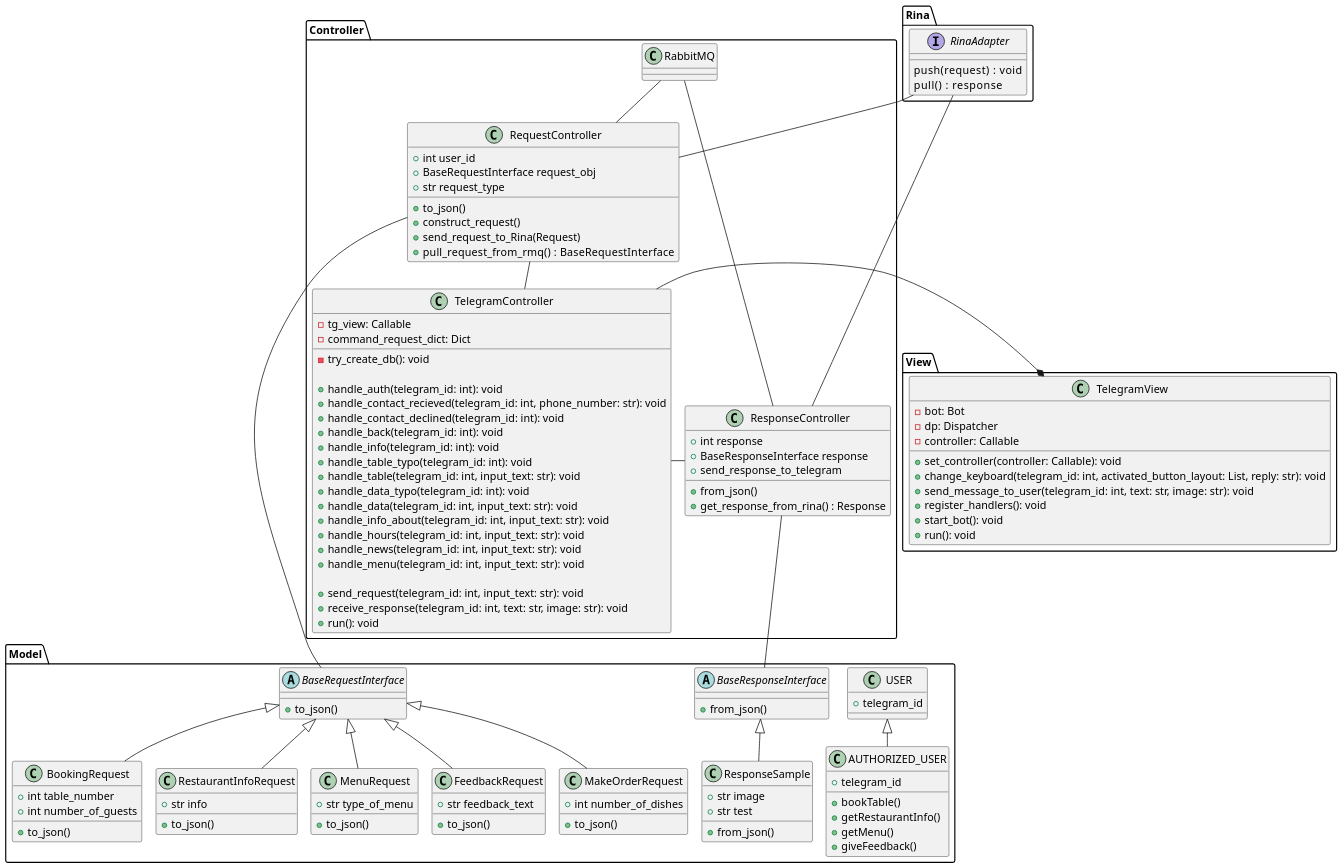
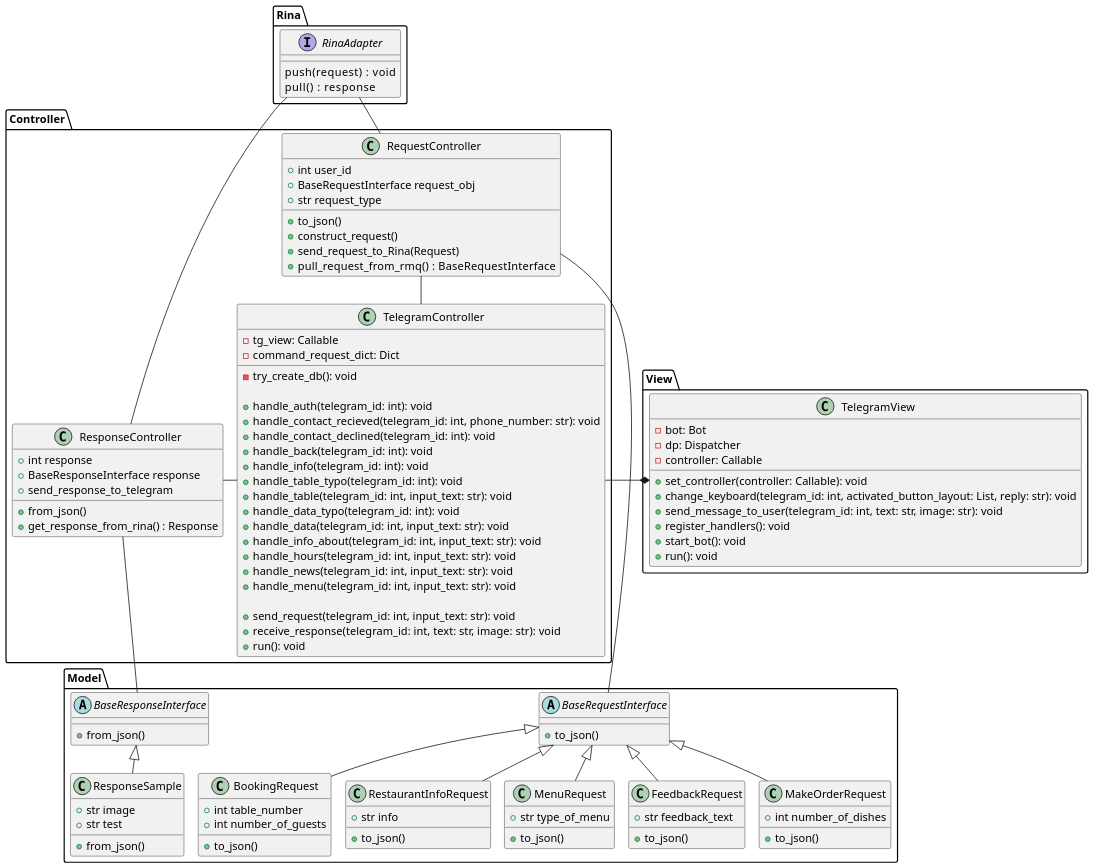
Before and after one commit to limpwinter/rina_connector: the diagram in diagrams/class_diagram.puml, drawn with PlantUML. The commit also changed 1 other file, not shown here.

Commit message:
Deleted unused class USER, changed RMQ to RinaAdapter, updated class diagram image

```diff
--- a/diagrams/class_diagram.puml
+++ b/diagrams/class_diagram.puml
@@ -1,156 +1,151 @@
 @startuml
 !pragma layout smetana
 scale  2048 width
 scale  1600 height
 package "Model" {
 
-'class RabbitMQ{
-'-Producer
-'-Consumer
+
+'class USER {
+'  +telegram_id
 '}
-class USER {
-  +telegram_id
-}
-
-class AUTHORIZED_USER {
-  +telegram_id
-  +bookTable()
-  +getRestaurantInfo()
-  +getMenu()
-  +giveFeedback()
-}
+'
+'class AUTHORIZED_USER {
+'  +telegram_id
+'  +bookTable()
+'  +getRestaurantInfo()
+'  +getMenu()
+'  +giveFeedback()
+'}
   abstract class BaseResponseInterface{
 + from_json()
 }
 class ResponseSample{
 + str image
 + str test
 + from_json()
 }
 
   abstract class BaseRequestInterface {
     + to_json()
   }
 class MakeOrderRequest{
 + int number_of_dishes
 + to_json()
 }
 
   class BookingRequest {
 
 + int table_number
 + int number_of_guests
 + to_json()
   }
 
   class RestaurantInfoRequest {
 + str info
 + to_json()
   }
 
   class MenuRequest {
 + str type_of_menu
 + to_json()
   }
 
   class FeedbackRequest {
 + str feedback_text
 + to_json()
   }
 
 
 }
 
 package "View" {
 class "TelegramView" {
   -bot: Bot
   -dp: Dispatcher
   -controller: Callable
   +set_controller(controller: Callable): void
   +change_keyboard(telegram_id: int, activated_button_layout: List, reply: str): void
   +send_message_to_user(telegram_id: int, text: str, image: str): void
   +register_handlers(): void
   +start_bot(): void
   +run(): void
 }
 
 
 }
 
 package Rina {
 interface RinaAdapter{
 push(request)  :   void
 pull()  :   response
 }
 
 }
 package "Controller" {
 
-class RabbitMQ{
-}
+
   class ResponseController{
 '  +receive_response_from_rmq()
 + int response
 + BaseResponseInterface response
 + from_json()
   +get_response_from_rina() : Response
   +send_response_to_telegram
   }
   class RequestController{
   + int user_id
 + BaseRequestInterface request_obj
 + str request_type
 + to_json()
 + construct_request()
 '  -request:Request
   +send_request_to_Rina(Request)
   +pull_request_from_rmq()  :   BaseRequestInterface
   }
   class "TelegramController" {
   -tg_view: Callable
   -command_request_dict: Dict
   -try_create_db(): void
 
   +handle_auth(telegram_id: int): void
   +handle_contact_recieved(telegram_id: int, phone_number: str): void
   +handle_contact_declined(telegram_id: int): void
   +handle_back(telegram_id: int): void
   +handle_info(telegram_id: int): void
   +handle_table_typo(telegram_id: int): void
   +handle_table(telegram_id: int, input_text: str): void
   +handle_data_typo(telegram_id: int): void
   +handle_data(telegram_id: int, input_text: str): void
   +handle_info_about(telegram_id: int, input_text: str): void
   +handle_hours(telegram_id: int, input_text: str): void
   +handle_news(telegram_id: int, input_text: str): void
   +handle_menu(telegram_id: int, input_text: str): void
   
   +send_request(telegram_id: int, input_text: str): void
   +receive_response(telegram_id: int, text: str, image: str): void
   +run(): void
 }
 
 }
 BaseRequestInterface <|-- BookingRequest
 BaseRequestInterface <|-- MakeOrderRequest
 
 BaseRequestInterface <|-- RestaurantInfoRequest
 BaseRequestInterface <|-- MenuRequest
 BaseRequestInterface <|-- FeedbackRequest
 BaseResponseInterface <|-- ResponseSample
 'TelegramView *--
 TelegramController -right-* TelegramView
 'ResponseController -> TelegramController
 RinaAdapter -- RequestController
 RinaAdapter -- ResponseController
 ResponseController - TelegramController
 RequestController -- TelegramController
 ResponseController -- BaseResponseInterface
 RequestController - BaseRequestInterface
-RabbitMQ -- RequestController
-RabbitMQ -- ResponseController
-USER <|-- AUTHORIZED_USER
+
+'USER <|-- AUTHORIZED_USER
 'TelegramController --> Request
 'RMQController --> RabbitMQ
 
 @enduml
```
